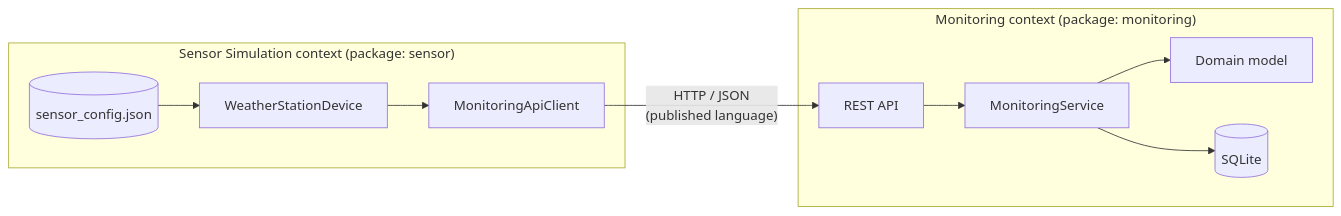
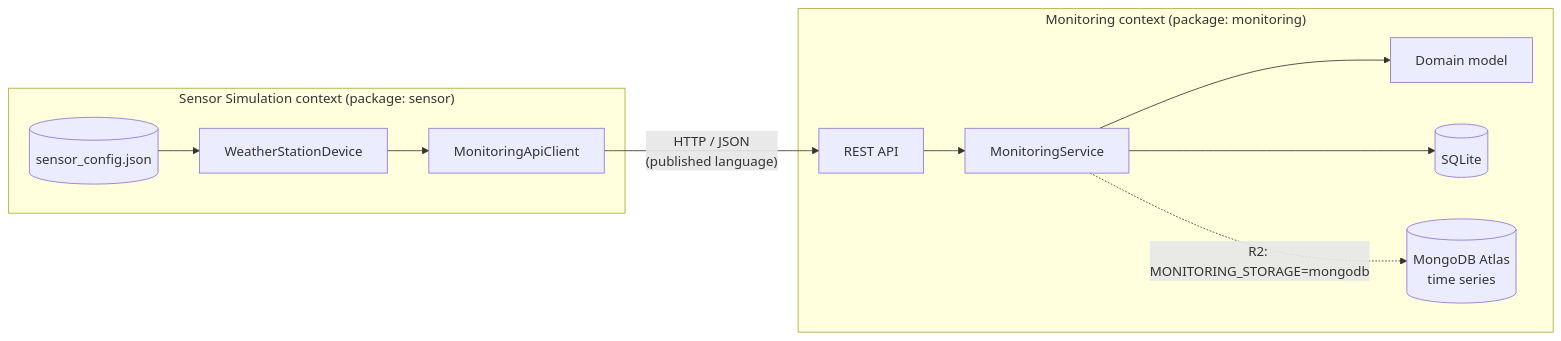
One commit to jamshideftekhari/IOTDataMonitoringE2026 changed the first of 10 diagrams in DESIGN.md. Above: the diagram before and after it, drawn with Mermaid. The commit also changed other lines of this file and 22 other files, not shown here.

````diff
--- a/DESIGN.md
+++ b/DESIGN.md
@@ -51,18 +76,20 @@
 ```mermaid
 flowchart LR
     subgraph SC["Sensor Simulation context (package: sensor)"]
         CFG[(sensor_config.json)]
         DEV[WeatherStationDevice]
         CLI[MonitoringApiClient]
         CFG --> DEV --> CLI
     end
     subgraph MC["Monitoring context (package: monitoring)"]
         API[REST API]
         SVC[MonitoringService]
         DOM[Domain model]
         DB[(SQLite)]
+        MDB[(MongoDB Atlas<br/>time series)]
         API --> SVC --> DOM
         SVC --> DB
+        SVC -. "R2: MONITORING_STORAGE=mongodb" .-> MDB
     end
     CLI -- "HTTP / JSON<br/>(published language)" --> API
 ```
````
